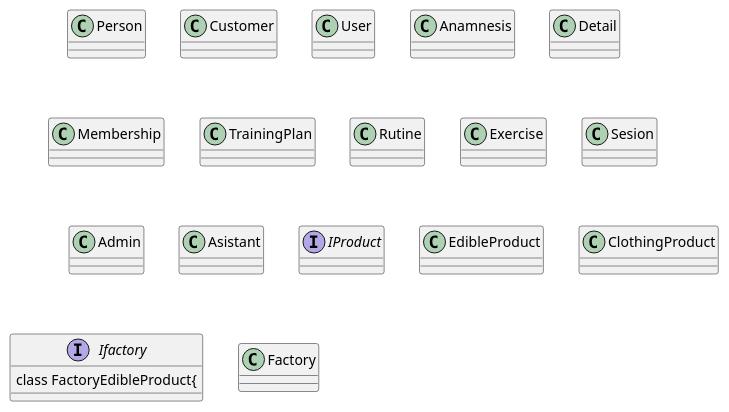
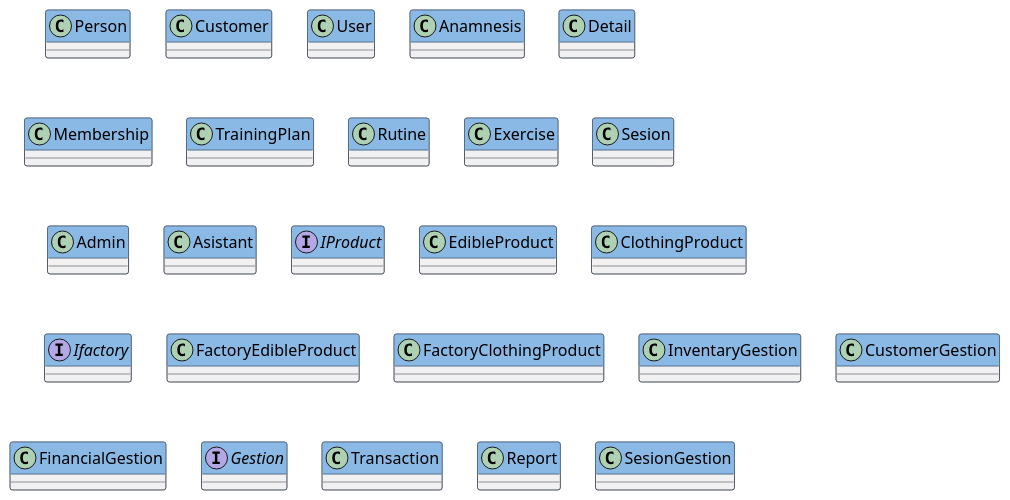
One commit to brayanfu038/GymRepository changed the diagram in modelos/dominio.puml. Above: the diagram before and after it, drawn with PlantUML.

Commit message:
Agregando últimas clases y estilos

```diff
--- a/modelos/dominio.puml
+++ b/modelos/dominio.puml
@@ -1,54 +1,84 @@
 @startuml
 class Person{
 
 }
 class Customer{
 
 }
 class User{
 
 }
 class Anamnesis{
 
 }
 class Detail{
 
 }
 class Membership{
 
 }
 class TrainingPlan{
 
 }
 class Rutine{
 
 }
 class Exercise{
 
 }
 class Sesion{
 
 }
 class Admin{
 
 }
 class Asistant{
 
 }
 interface IProduct{
 
 }
 class EdibleProduct{
 
 }
 class ClothingProduct{
 
 }
 interface Ifactory{
-
-
+}
 class FactoryEdibleProduct{
 
 }
-class Factory
+class FactoryClothingProduct{
+
+}
+class InventaryGestion{
+
+}
+class CustomerGestion{
+
+}
+class FinancialGestion{
+}
+interface Gestion{
+
+}
+class Transaction{
+
+}
+class Report{
+
+}
+class SesionGestion{
+
+}
+
+' Definir la apariencia general
+skinparam classAttributeIconSize 8
+skinparam classFontSize 16
+skinparam classFontName "Arial"
+skinparam classBorderColor #212837
+skinparam classHeaderFontColor #FFFFFF
+skinparam classHeaderBackgroundColor #8BB9E6
+skinparam classArrowColor #6E95C2
 @enduml
```
